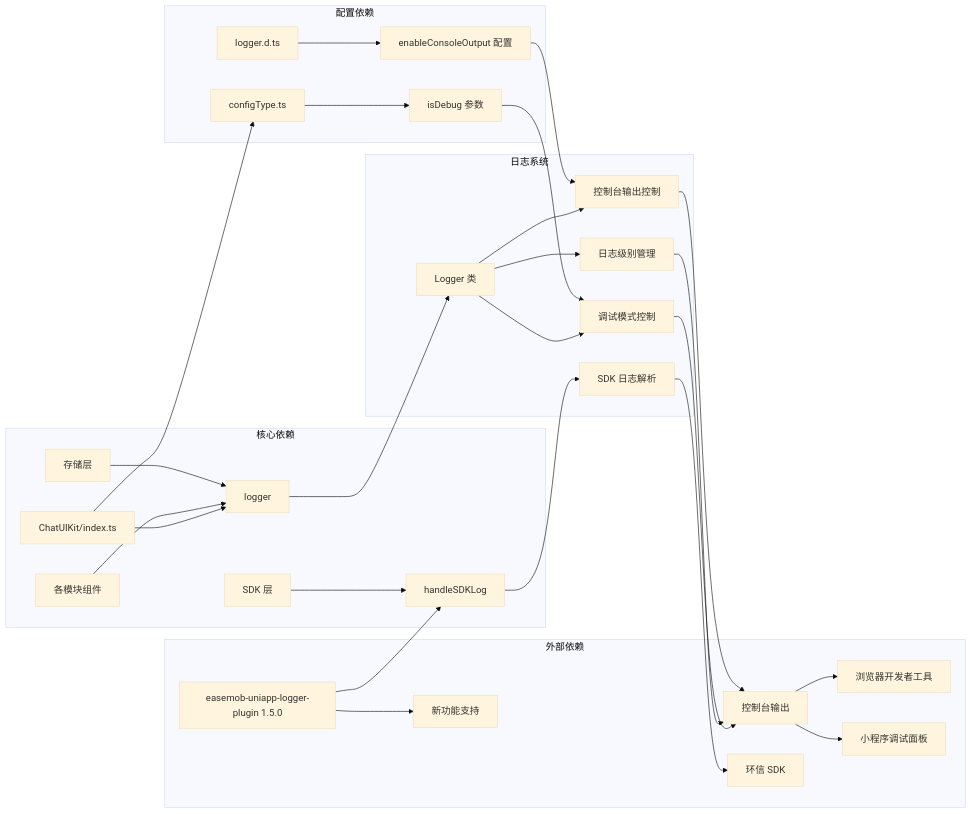
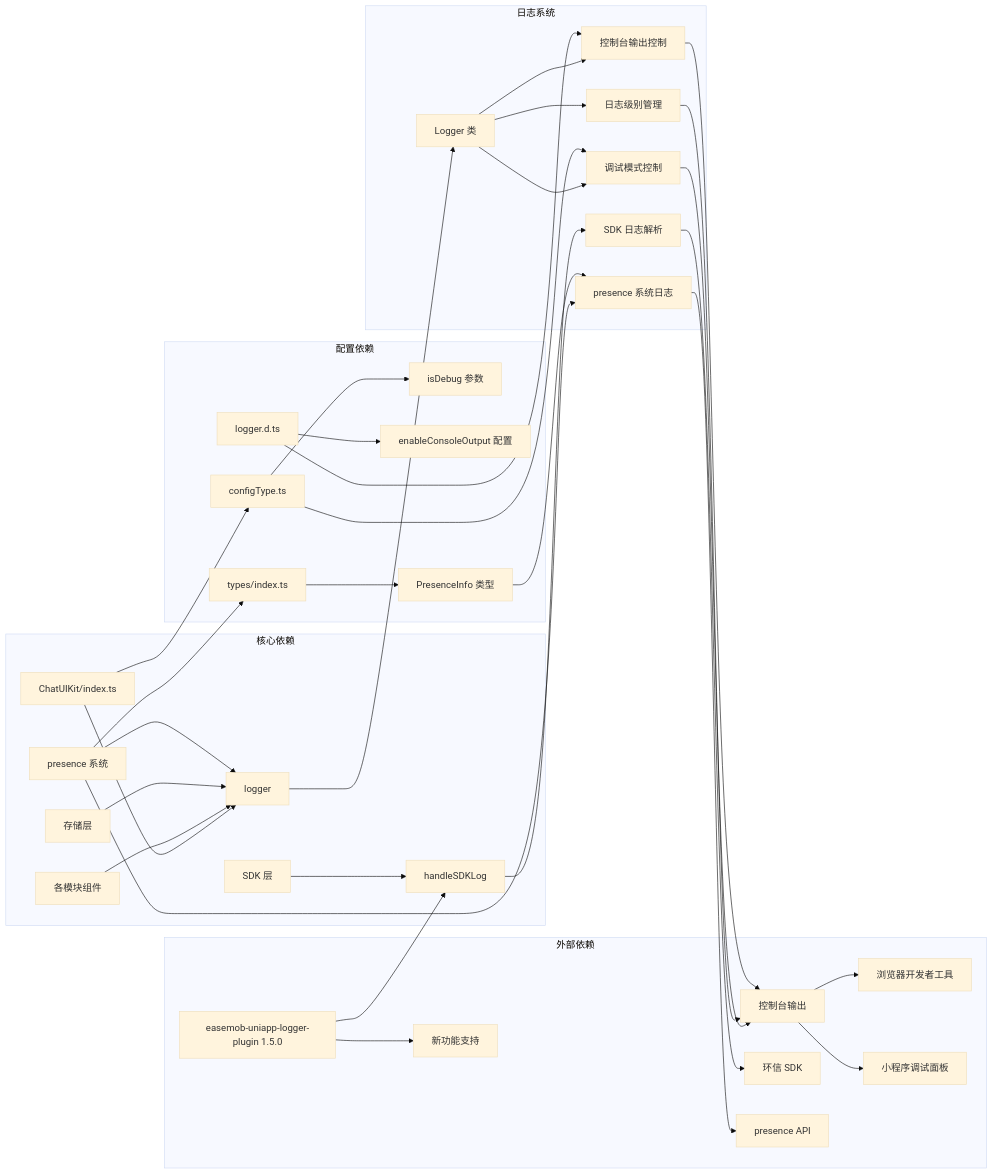
Before and after one commit to Easemob-Community/easemob-uikit-uniapp-community: diagram 16 of 16 in .qoder/repowiki/zh/content/核心架构/日志系统/日志系统.md, drawn with Mermaid (base theme). The commit also changed other lines of this file and 8 other files, not shown here.

First line of the commit message:
debug(presence): 添加更多调试日志和 Toast 确认代码执行

````diff
--- a/.qoder/repowiki/zh/content/核心架构/日志系统/日志系统.md
+++ b/.qoder/repowiki/zh/content/核心架构/日志系统/日志系统.md
@@ -352,33 +540,39 @@
 ```mermaid
 graph LR
 subgraph "核心依赖"
 A[ChatUIKit/index.ts] --> B[logger]
 C[各模块组件] --> B
 D[存储层] --> B
 E[SDK 层] --> F[handleSDKLog]
+G[presence 系统] --> B
 end
 subgraph "日志系统"
-B --> G[Logger 类]
-G --> H[调试模式控制]
-G --> I[日志级别管理]
-G --> J[控制台输出控制]
-F --> K[SDK 日志解析]
+B --> H[Logger 类]
+H --> I[调试模式控制]
+H --> J[日志级别管理]
+H --> K[控制台输出控制]
+F --> L[SDK 日志解析]
+G --> M[presence 系统日志]
 end
 subgraph "外部依赖"
-H --> L[控制台输出]
-I --> L
-J --> L
-K --> M[环信 SDK]
-L --> N[浏览器开发者工具]
-L --> O[小程序调试面板]
-P[easemob-uniapp-logger-plugin 1.5.0] --> Q[新功能支持]
+I --> N[控制台输出]
+J --> N
+K --> N
+L --> O[环信 SDK]
+M --> P[presence API]
+N --> Q[浏览器开发者工具]
+N --> R[小程序调试面板]
+S[easemob-uniapp-logger-plugin 1.5.0] --> T[新功能支持]
 end
 subgraph "配置依赖"
-R[configType.ts] --> S[isDebug 参数]
-T[logger.d.ts] --> U[enableConsoleOutput 配置]
-S --> H
-U --> J
+U[configType.ts] --> V[isDebug 参数]
+W[logger.d.ts] --> X[enableConsoleOutput 配置]
+Y[types/index.ts] --> Z[PresenceInfo 类型]
+U --> I
+W --> K
+Z --> M
 end
-A --> R
-P --> F
+A --> U
+S --> F
+G --> Y
 ```
````
